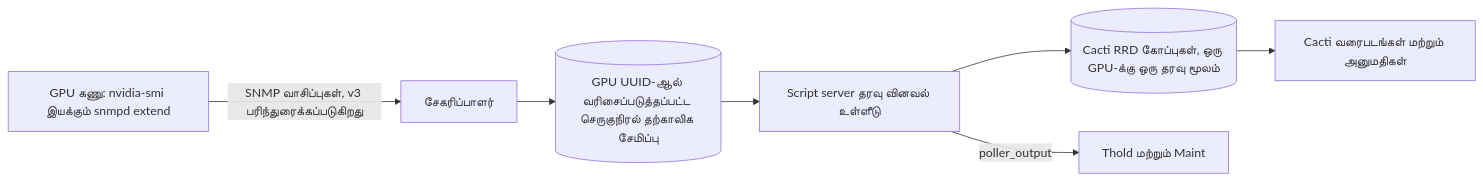
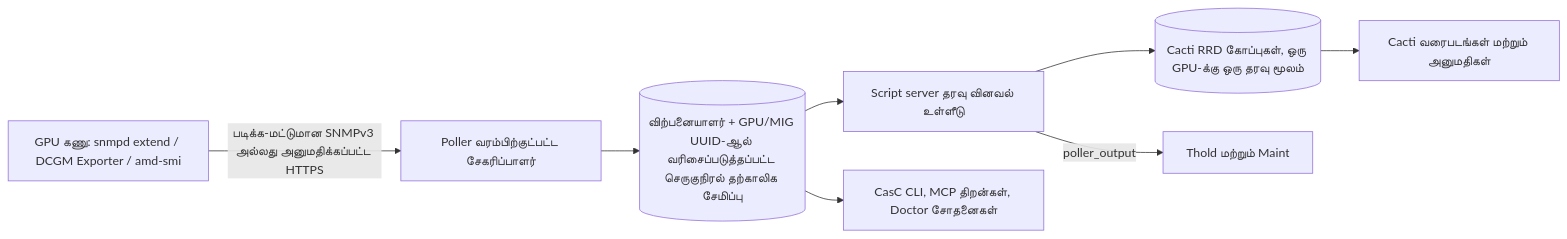
Before and after one commit to somethingwithproof/plugin_gpu: the diagram in docs/i18n/ta-IN/README.md, drawn with Mermaid. The commit also changed other lines of this file and 47 other files, not shown here.

````diff
--- a/docs/i18n/ta-IN/README.md
+++ b/docs/i18n/ta-IN/README.md
@@ -104,9 +104,10 @@
 ```mermaid
 flowchart LR
-    NODE["GPU கணு: nvidia-smi இயக்கும் snmpd extend"] -->|SNMP வாசிப்புகள், v3 பரிந்துரைக்கப்படுகிறது| C["சேகரிப்பாளர்"]
-    C --> CACHE[("GPU UUID-ஆல் வரிசைப்படுத்தப்பட்ட செருகுநிரல் தற்காலிக சேமிப்பு")]
+    NODE["GPU கணு: snmpd extend / DCGM Exporter / amd-smi"] -->|"படிக்க-மட்டுமான SNMPv3 அல்லது அனுமதிக்கப்பட்ட HTTPS"| C["Poller வரம்பிற்குட்பட்ட சேகரிப்பாளர்"]
+    C --> CACHE[("விற்பனையாளர் + GPU/MIG UUID-ஆல் வரிசைப்படுத்தப்பட்ட செருகுநிரல் தற்காலிக சேமிப்பு")]
     CACHE --> SS["Script server தரவு வினவல் உள்ளீடு"]
+    CACHE --> ECO["CasC CLI, MCP திறன்கள், Doctor சோதனைகள்"]
     SS --> RRD[("Cacti RRD கோப்புகள், ஒரு GPU-க்கு ஒரு தரவு மூலம்")]
     SS -->|poller_output| T["Thold மற்றும் Maint"]
     RRD --> G["Cacti வரைபடங்கள் மற்றும் அனுமதிகள்"]
 ```
````
